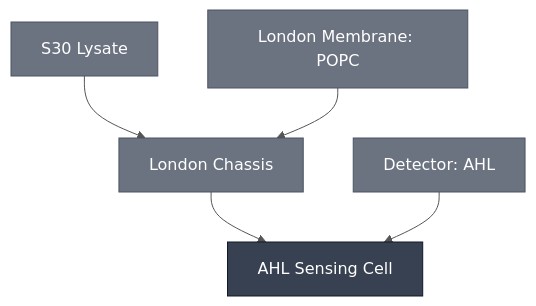
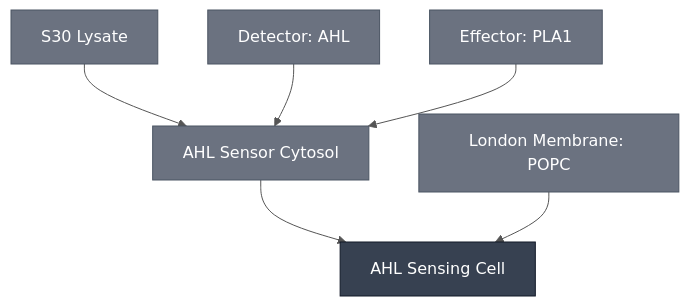
Before and after one commit to nucleus-eng/nucleus-docs: the diagram in docs/modules/ahl-sensing-cell/spec.md, drawn with Mermaid. The commit also changed other lines of this file and 10 other files, not shown here.

````diff
--- a/docs/modules/ahl-sensing-cell/spec.md
+++ b/docs/modules/ahl-sensing-cell/spec.md
@@ -25,25 +25,28 @@
 ```mermaid
 %%{init: {'theme': 'base', 'themeVariables': {'lineColor': '#555555', 'edgeLabelBackground': '#ffffff'}}}%%
 flowchart TD
     AHL_SENSING_CELL["AHL Sensing Cell"]
+    AHL_SENSOR_CYTOSOL["AHL Sensor Cytosol"]
     DETECTOR_3OC6_HSL["Detector: AHL"]
-    LONDON_CHASSIS["London Chassis"]
+    EFFECTOR_PLA1["Effector: PLA1"]
     MEMBRANE_POPC["London Membrane: POPC"]
     S30_LYSATE["S30 Lysate"]
 
-    LONDON_CHASSIS --> AHL_SENSING_CELL
-    DETECTOR_3OC6_HSL --> AHL_SENSING_CELL
-    S30_LYSATE --> LONDON_CHASSIS
-    MEMBRANE_POPC --> LONDON_CHASSIS
+    AHL_SENSOR_CYTOSOL --> AHL_SENSING_CELL
+    MEMBRANE_POPC --> AHL_SENSING_CELL
+    S30_LYSATE --> AHL_SENSOR_CYTOSOL
+    DETECTOR_3OC6_HSL --> AHL_SENSOR_CYTOSOL
+    EFFECTOR_PLA1 --> AHL_SENSOR_CYTOSOL
 
     classDef constituent fill:#6B7280,color:#ffffff,stroke:#4B5563;
     classDef this fill:#374151,color:#ffffff,stroke:#111827;
-    class DETECTOR_3OC6_HSL,LONDON_CHASSIS,MEMBRANE_POPC,S30_LYSATE constituent;
+    class AHL_SENSOR_CYTOSOL,DETECTOR_3OC6_HSL,EFFECTOR_PLA1,MEMBRANE_POPC,S30_LYSATE constituent;
     class AHL_SENSING_CELL this;
 
     click AHL_SENSING_CELL "/docs/modules/ahl-sensing-cell/spec"
+    click AHL_SENSOR_CYTOSOL "/docs/modules/ahl-sensor-cytosol/spec"
     click DETECTOR_3OC6_HSL "/docs/modules/detector-3oc6-hsl/spec"
-    click LONDON_CHASSIS "/docs/modules/london-chassis/spec"
+    click EFFECTOR_PLA1 "/docs/modules/effector-pla1/spec"
     click MEMBRANE_POPC "/docs/modules/membrane-popc/spec"
     click S30_LYSATE "/docs/modules/s30-lysate/spec"
 ```
````
